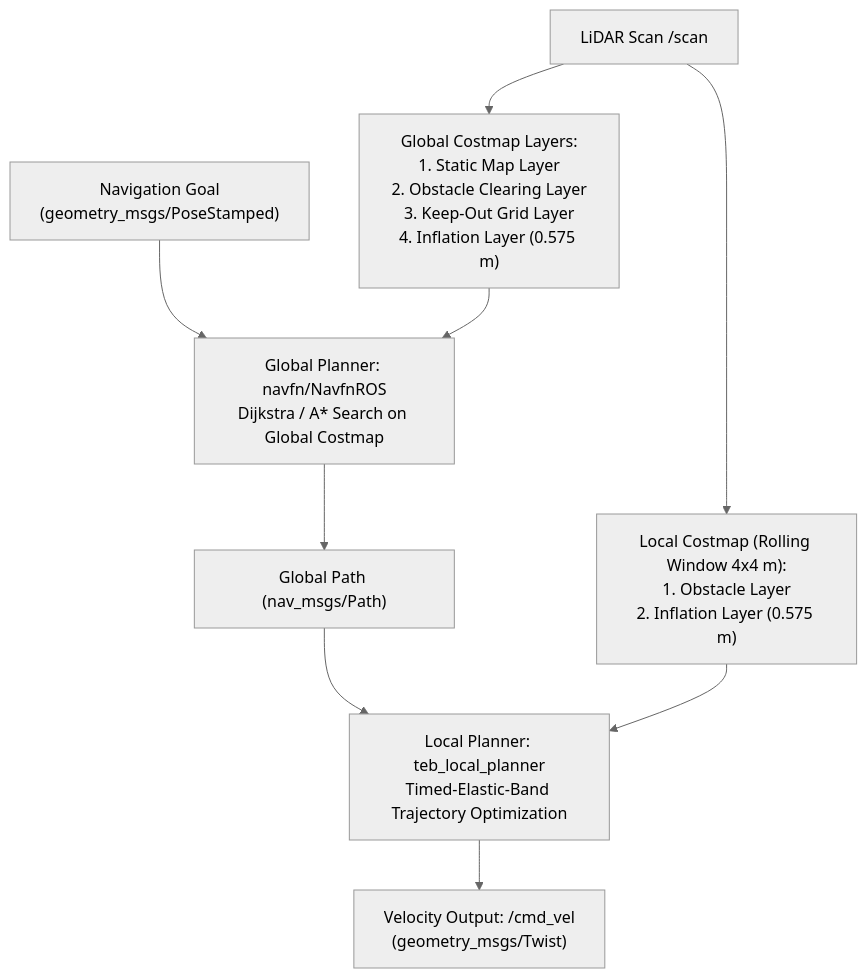
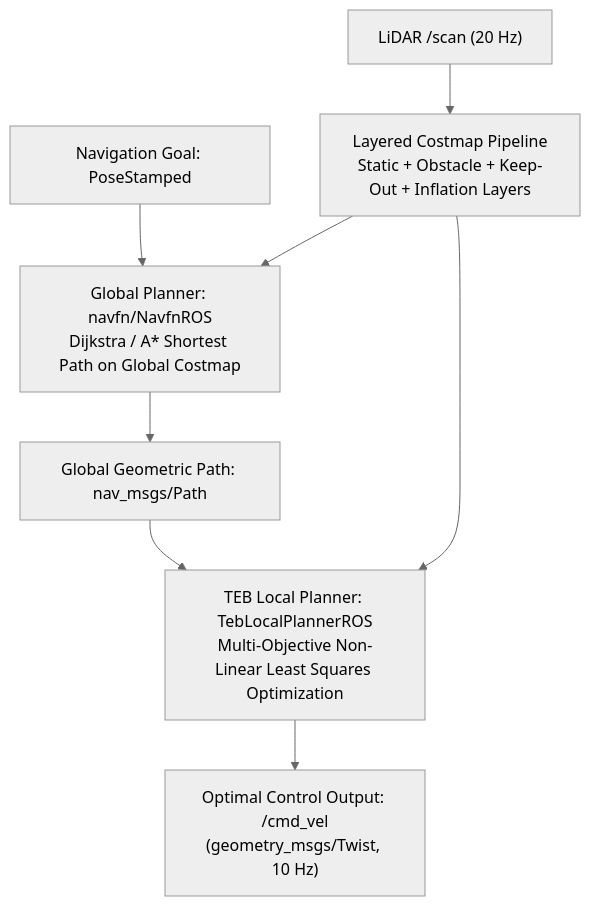
Before and after one commit to itbdelaboprogramming/msd700_documentation: the diagram in docs/development/costmaps-and-planners.md, drawn with Mermaid (neutral theme). The commit also changed other lines of this file and 4 other files, not shown here.

Commit message:
docs: update firmware and hardware documentation with detailed schematics, pinouts, and control loop equations

````diff
--- a/docs/development/costmaps-and-planners.md
+++ b/docs/development/costmaps-and-planners.md
@@ -16,13 +14,12 @@
 ```mermaid
 flowchart TD
-  GOAL["Navigation Goal<br/>(geometry_msgs/PoseStamped)"] --> GLOBAL_PLANNER["Global Planner: navfn/NavfnROS<br/>Dijkstra / A* Search on Global Costmap"]
-  GLOBAL_PLANNER --> GLOBAL_PATH["Global Path (nav_msgs/Path)"]
-  GLOBAL_PATH --> LOCAL_PLANNER["Local Planner: teb_local_planner<br/>Timed-Elastic-Band Trajectory Optimization"]
-  LOCAL_PLANNER --> CMD_VEL["Velocity Output: /cmd_vel<br/>(geometry_msgs/Twist)"]
+  GOAL["Navigation Goal: PoseStamped"] --> GLOBAL_PLANNER["Global Planner: navfn/NavfnROS<br/>Dijkstra / A* Shortest Path on Global Costmap"]
+  GLOBAL_PLANNER --> GLOBAL_PATH["Global Geometric Path: nav_msgs/Path"]
 
-  SCAN["LiDAR Scan /scan"] --> GLOBAL_COSTMAP["Global Costmap Layers:<br/>1. Static Map Layer<br/>2. Obstacle Clearing Layer<br/>3. Keep-Out Grid Layer<br/>4. Inflation Layer (0.575 m)"]
-  SCAN --> LOCAL_COSTMAP["Local Costmap (Rolling Window 4x4 m):<br/>1. Obstacle Layer<br/>2. Inflation Layer (0.575 m)"]
+  GLOBAL_PATH --> TEB_OPT["TEB Local Planner: TebLocalPlannerROS<br/>Multi-Objective Non-Linear Least Squares Optimization"]
+  TEB_OPT --> CMD_VEL["Optimal Control Output: /cmd_vel<br/>(geometry_msgs/Twist, 10 Hz)"]
 
-  GLOBAL_COSTMAP --> GLOBAL_PLANNER
-  LOCAL_COSTMAP --> LOCAL_PLANNER
+  LIDAR["LiDAR /scan (20 Hz)"] --> COSTMAPS["Layered Costmap Pipeline<br/>Static + Obstacle + Keep-Out + Inflation Layers"]
+  COSTMAPS --> GLOBAL_PLANNER
+  COSTMAPS --> TEB_OPT
 ```
````
